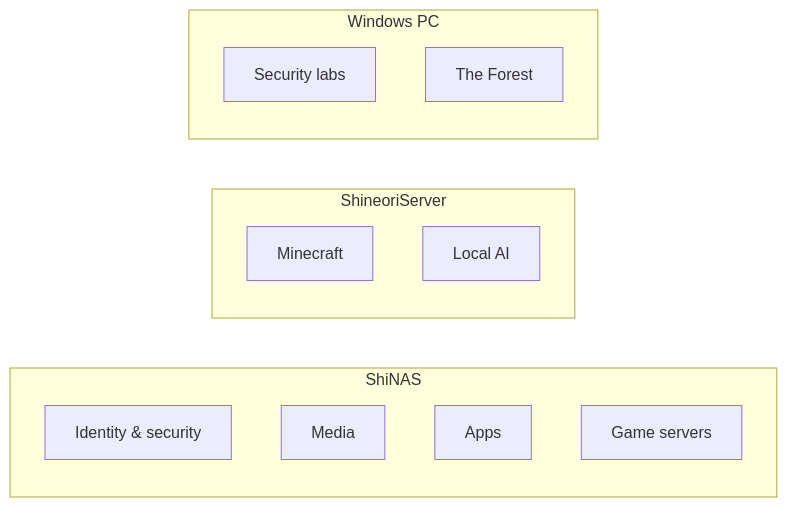
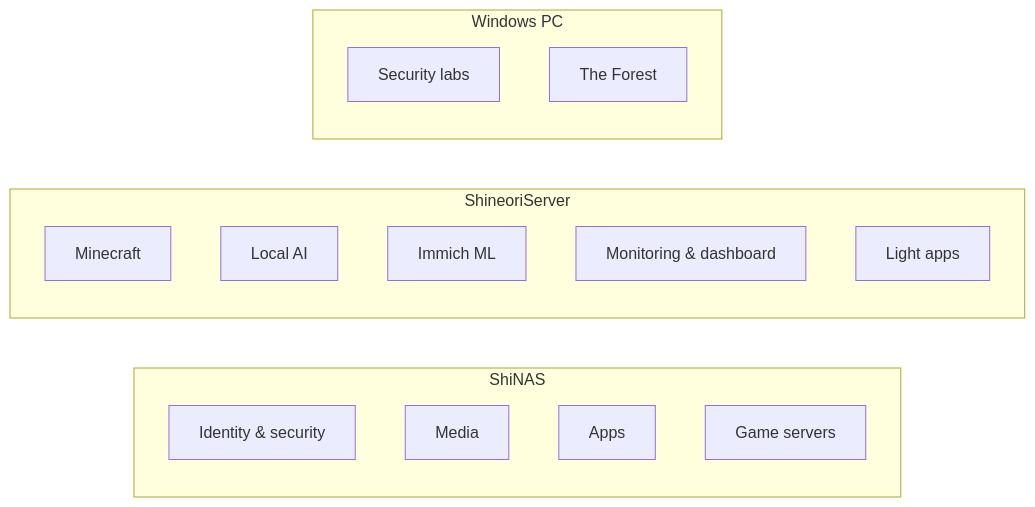
One commit to Shineori/homelab changed the diagram in README.md. Above: the diagram before and after it, drawn with Mermaid. The commit also changed other lines of this file and 28 other files, not shown here.

````diff
--- a/README.md
+++ b/README.md
@@ -5,17 +5,20 @@
 ```mermaid
 flowchart LR
     subgraph ShiNAS
         A[Identity & security]
         B[Media]
         C[Apps]
         D[Game servers]
     end
     subgraph ShineoriServer
         E[Minecraft]
         F[Local AI]
+        I[Immich ML]
+        J[Monitoring & dashboard]
+        K[Light apps]
     end
     subgraph Windows PC
         G[Security labs]
         H[The Forest]
     end
 ```
````
